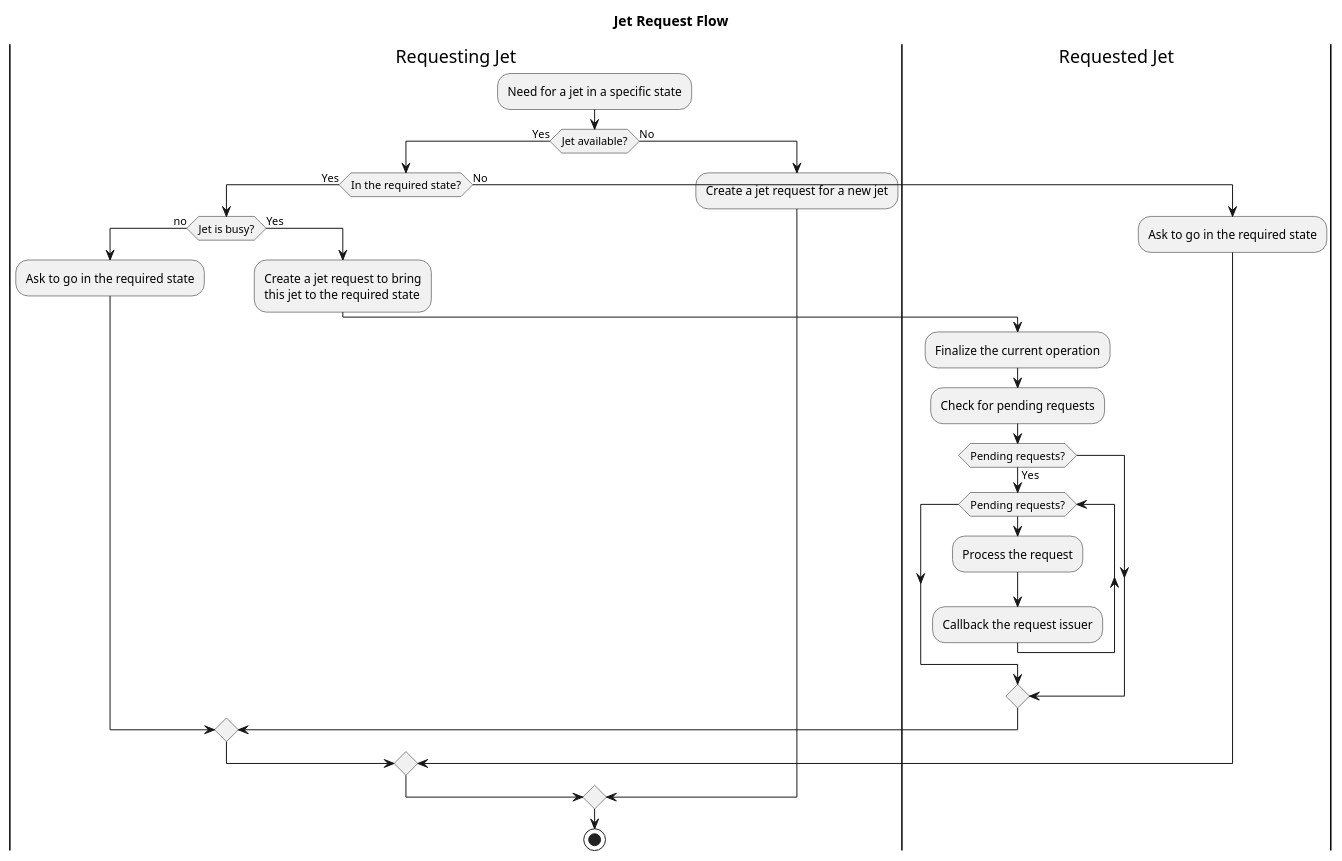
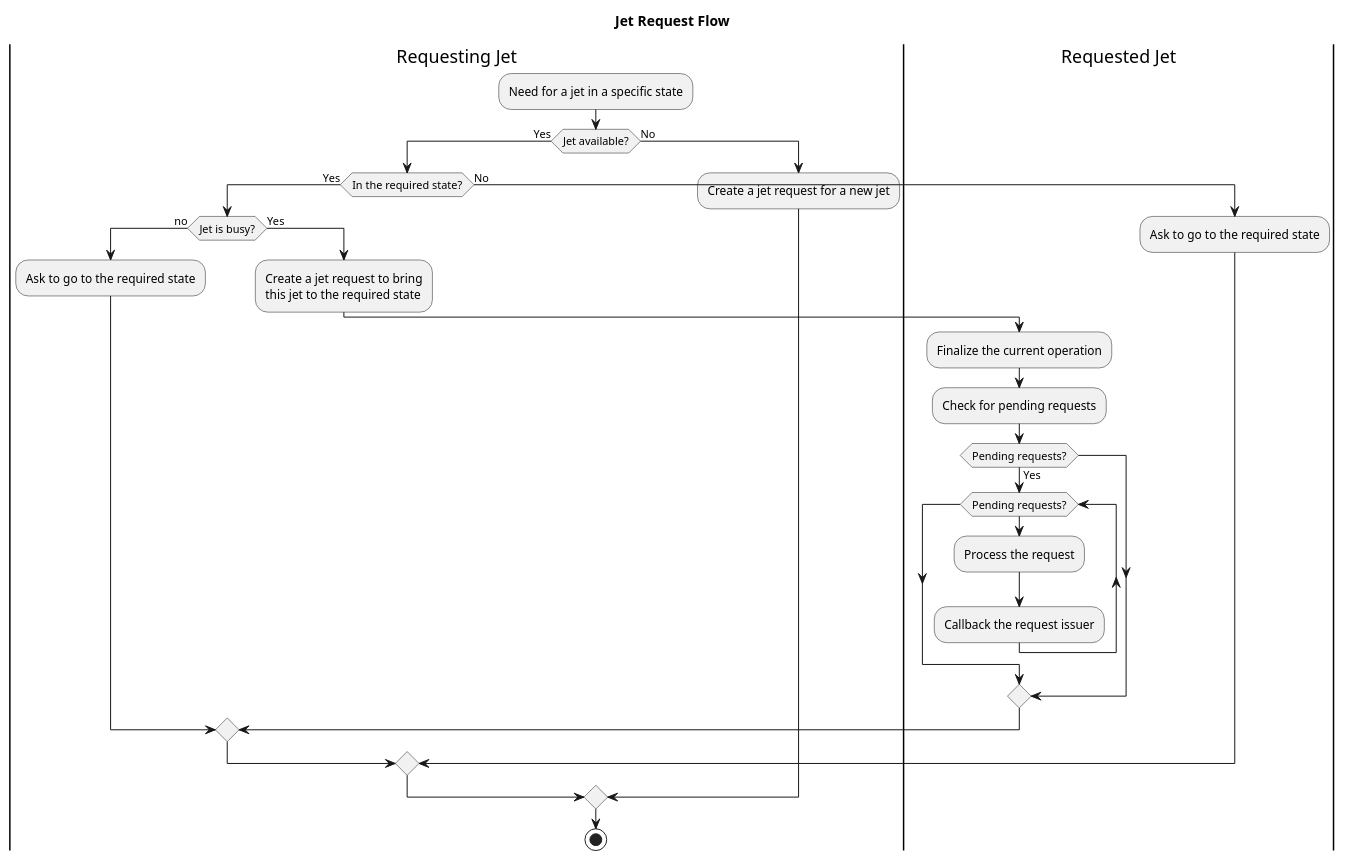
One commit to cetmix/cetmix-tower changed the second of 3 diagrams in cetmix_tower_server/readme/diagrams/jets.puml. Above: the diagram before and after it, drawn with PlantUML. The commit also changed 35 other files, not shown here.

```diff
--- a/cetmix_tower_server/readme/diagrams/jets.puml
+++ b/cetmix_tower_server/readme/diagrams/jets.puml
@@ -24,30 +24,30 @@
 @startuml jet_request_flow
 title Jet Request Flow
 |Requesting Jet|
 :Need for a jet in a specific state;
 
 if (Jet available?) then (Yes)
   if (In the required state?) then (Yes)
     if (Jet is busy?) then (no)
-      :Ask to go in the required state;
+      :Ask to go to the required state;
     else (Yes)
       :Create a jet request to bring\nthis jet to the required state;
       |Requested Jet|
       :Finalize the current operation;
       :Check for pending requests;
       if (Pending requests?) then (Yes)
         while (Pending requests?)
           :Process the request;
           :Callback the request issuer;
         endwhile
       endif
     endif
   else (No)
-    :Ask to go in the required state;
+    :Ask to go to the required state;
   endif
 else (No)
   |Requesting Jet|
   :Create a jet request for a new jet;
 endif
 stop
 @enduml
```
